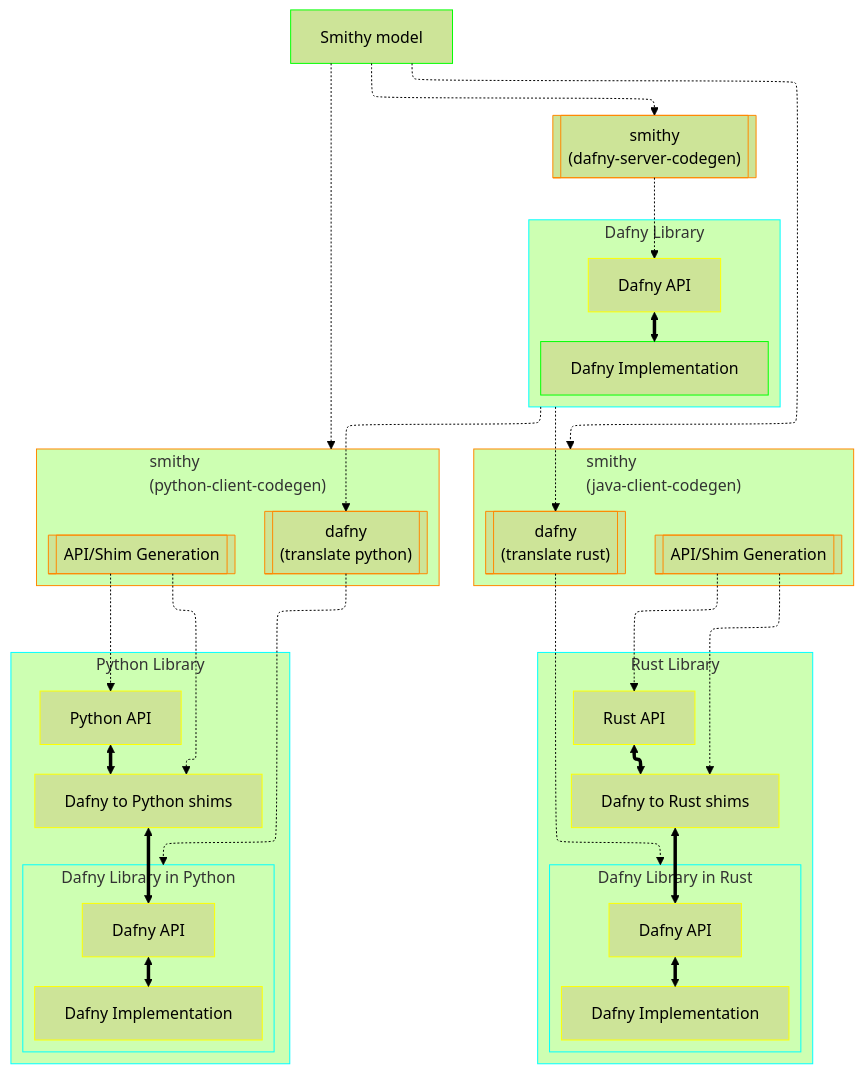
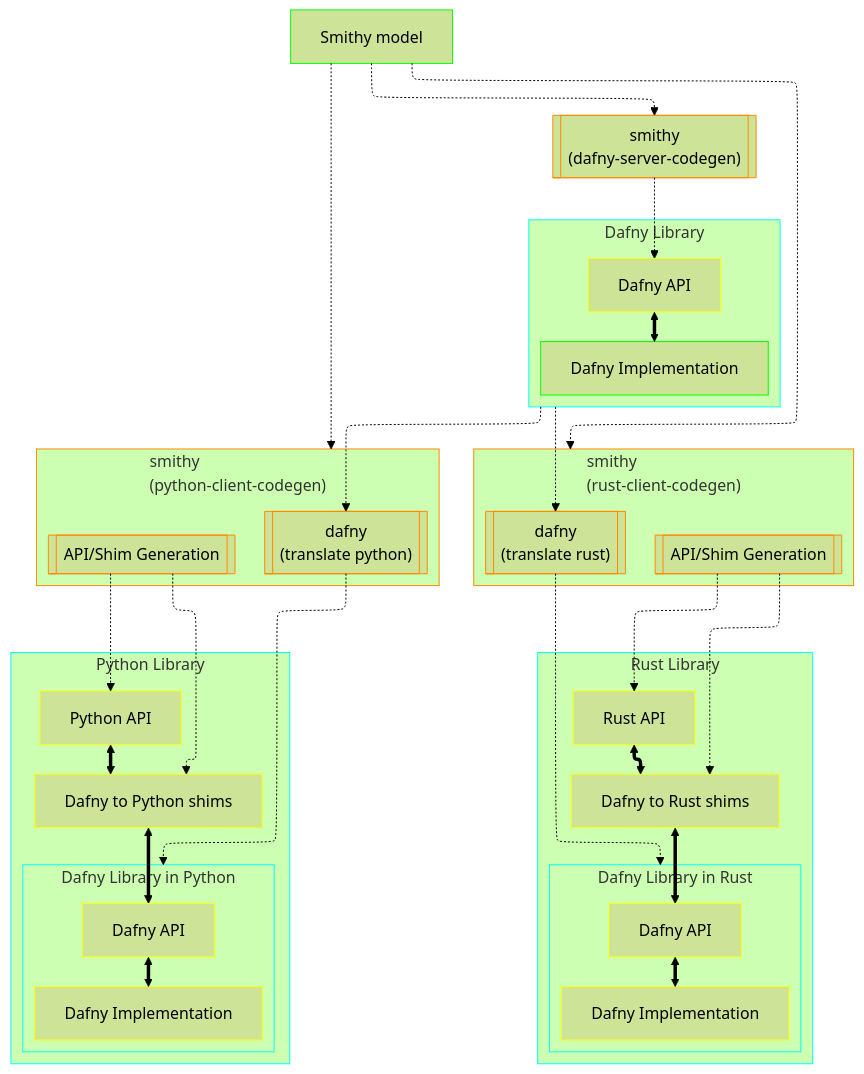
The diagram in designs/polymorphing-dafny-to-java.md (awslabs/smithy-dafny), drawn with Mermaid (forest theme) before and after one commit.

````diff
--- a/designs/polymorphing-dafny-to-java.md
+++ b/designs/polymorphing-dafny-to-java.md
@@ -1,78 +1,78 @@
 ```mermaid
 %%{init: {"flowchart": {"defaultRenderer": "elk"}} }%%
 flowchart TB
     classDef Process stroke:#f80
     classDef Library stroke:#0ff
     classDef Authored stroke:#0f0
     classDef Generated stroke:#ff0
 
     SmithyModel["Smithy model"]:::Authored
 
     SmithySourceServerCodegen[["smithy
         (dafny-server-codegen)"]]:::Process
 
     subgraph SourceProject["Dafny Library"]
         SourceImpl["Dafny Implementation"]:::Authored
         SourceAPI["Dafny API"]:::Generated
 
         SourceAPI <==> SourceImpl
     end
     SourceProject:::Library
 
     SmithyModel -.-> SmithySourceServerCodegen -.-> SourceAPI
 
     subgraph SmithyTargetClientCodegen["smithy 
-                                    (java-client-codegen)"]
+                                    (rust-client-codegen)"]
         SmithyTargetAPICodegen[["API/Shim Generation"]]:::Process
 
         Compiler[["dafny
         (translate rust)"]]:::Process
     end
     SmithyTargetClientCodegen:::Process
 
     subgraph TargetProject["Rust Library"]
         TargetAPI["Rust API"]:::Generated
         SourceToTargetShims["Dafny to Rust shims"]:::Generated
 
         subgraph SourceEmbeddedInTarget["Dafny Library in Rust"]
             SourceAPIInTarget["Dafny API"]:::Generated
             SourceImplInTarget["Dafny Implementation"]:::Generated
         end
         SourceEmbeddedInTarget:::Library
 
         TargetAPI <==> SourceToTargetShims <==> SourceAPIInTarget <==> SourceImplInTarget
     end
     TargetProject:::Library
 
     SmithyModel -.-> SmithyTargetClientCodegen
     SmithyTargetAPICodegen -.-> TargetAPI & SourceToTargetShims
     SourceProject -.-> Compiler -.-> SourceEmbeddedInTarget
 
     subgraph SmithyTarget2ClientCodegen["smithy 
                                     (python-client-codegen)"]
         SmithyTarget2APICodegen[["API/Shim Generation"]]:::Process
 
         Compiler2[["dafny
         (translate python)"]]:::Process
     end
     SmithyTarget2ClientCodegen:::Process
 
     subgraph Target2Project["Python Library"]
         Target2API["Python API"]:::Generated
         SourceToTarget2Shims["Dafny to Python shims"]:::Generated
 
         subgraph SourceEmbeddedInTarget2["Dafny Library in Python"]
             SourceAPIInTarget2["Dafny API"]:::Generated
             SourceImplInTarget2["Dafny Implementation"]:::Generated
         end
         SourceEmbeddedInTarget2:::Library
 
         Target2API <==> SourceToTarget2Shims <==> SourceAPIInTarget2 <==> SourceImplInTarget2
     end
     Target2Project:::Library
 
     SmithyModel -.-> SmithyTarget2ClientCodegen
     SmithyTarget2APICodegen -.-> Target2API & SourceToTarget2Shims
     SourceProject -.-> Compiler2 -.-> SourceEmbeddedInTarget2
 
 ```
````
